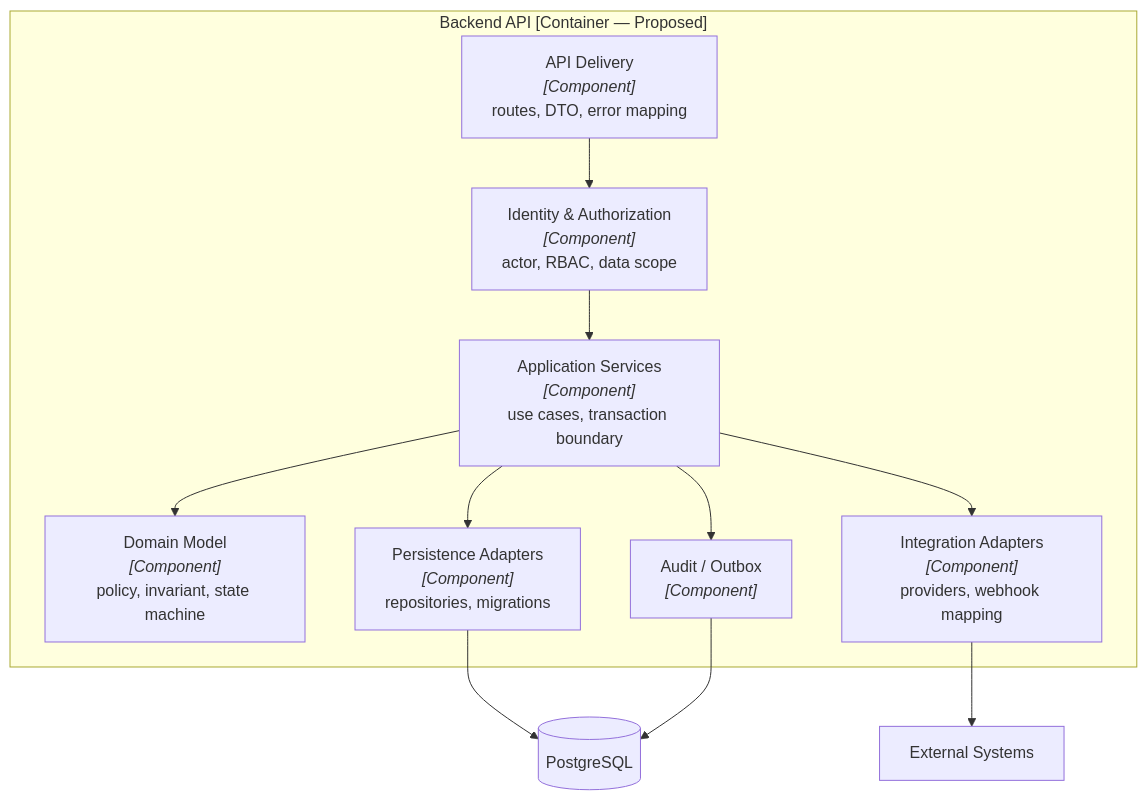
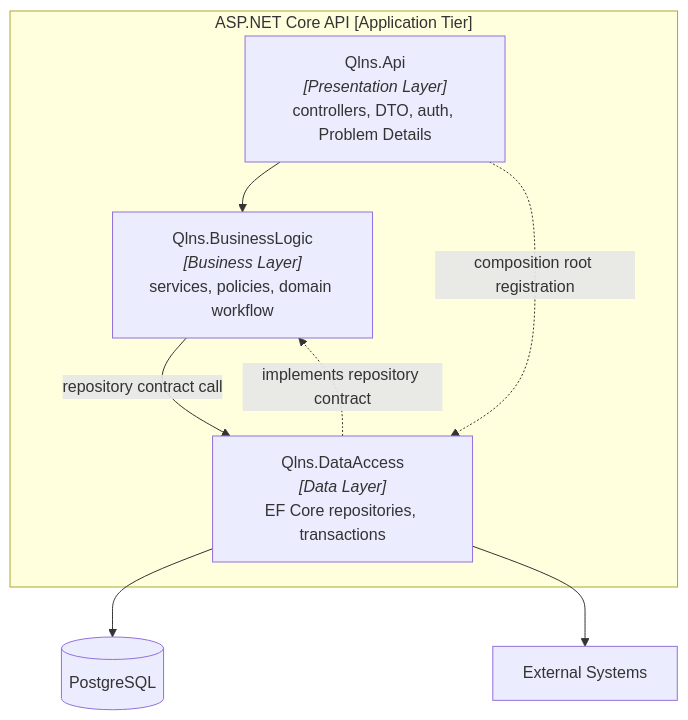
Before and after one commit to nvdat16/QLNS: the fifth of 11 diagrams in docs/architecture.md, drawn with Mermaid. The commit also changed other lines of this file and 9 other files, not shown here.

````diff
--- a/docs/architecture.md
+++ b/docs/architecture.md
@@ -247,21 +247,18 @@
 ```mermaid
 flowchart TB
-    subgraph api["Backend API [Container — Proposed]"]
-        delivery["API Delivery<br/><i>[Component]</i><br/>routes, DTO, error mapping"]
-        auth["Identity & Authorization<br/><i>[Component]</i><br/>actor, RBAC, data scope"]
-        app["Application Services<br/><i>[Component]</i><br/>use cases, transaction boundary"]
-        domain["Domain Model<br/><i>[Component]</i><br/>policy, invariant, state machine"]
-        persistence["Persistence Adapters<br/><i>[Component]</i><br/>repositories, migrations"]
-        integration["Integration Adapters<br/><i>[Component]</i><br/>providers, webhook mapping"]
-        audit["Audit / Outbox<br/><i>[Component]</i>"]
+    subgraph api["ASP.NET Core API [Application Tier]"]
+        presentation["Qlns.Api<br/><i>[Presentation Layer]</i><br/>controllers, DTO, auth, Problem Details"]
+        business["Qlns.BusinessLogic<br/><i>[Business Layer]</i><br/>services, policies, domain workflow"]
+        data["Qlns.DataAccess<br/><i>[Data Layer]</i><br/>EF Core repositories, transactions"]
     end
 
     db[("PostgreSQL")]
     ext["External Systems"]
 
-    delivery --> auth --> app
-    app --> domain
-    app --> persistence --> db
-    app --> audit --> db
-    app --> integration --> ext
+    presentation --> business
+    business -->|repository contract call| data
+    presentation -.->|composition root registration| data
+    data -.->|implements repository contract| business
+    data --> db
+    data --> ext
 ```
````
